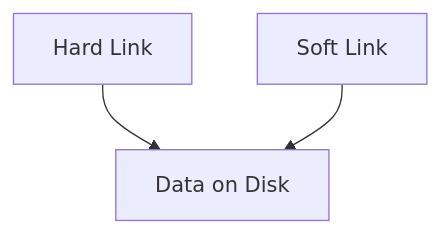
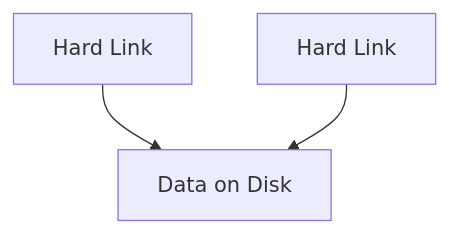
One commit to HorningGit/Rayquaza_Resources changed the first of 2 diagrams in tools/admin/linux/files.md. Above: the diagram before and after it, drawn with Mermaid. The commit also changed other lines of this file, not shown here.

````diff
--- a/tools/admin/linux/files.md
+++ b/tools/admin/linux/files.md
@@ -65,5 +65,5 @@
 ```mermaid
-graph TD;
+flowchart TD;
     B[Hard Link]-->A[Data on Disk]
-    C[Soft Link]-->A
+    C[Hard Link]-->A
 ```
````
